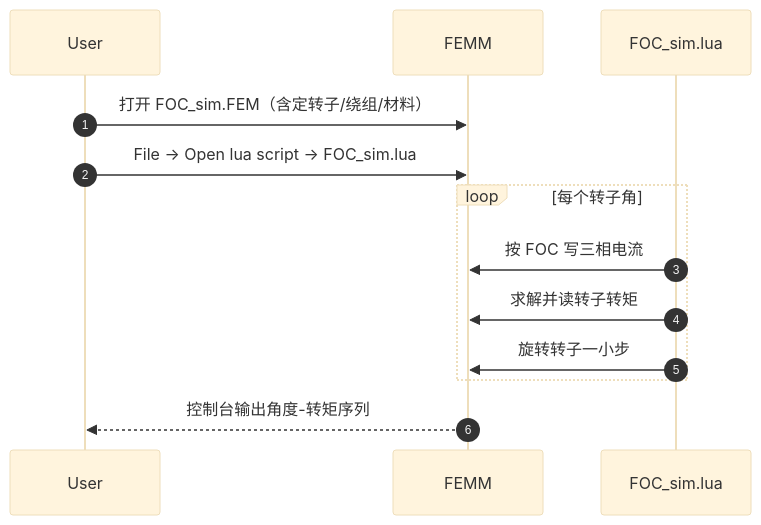
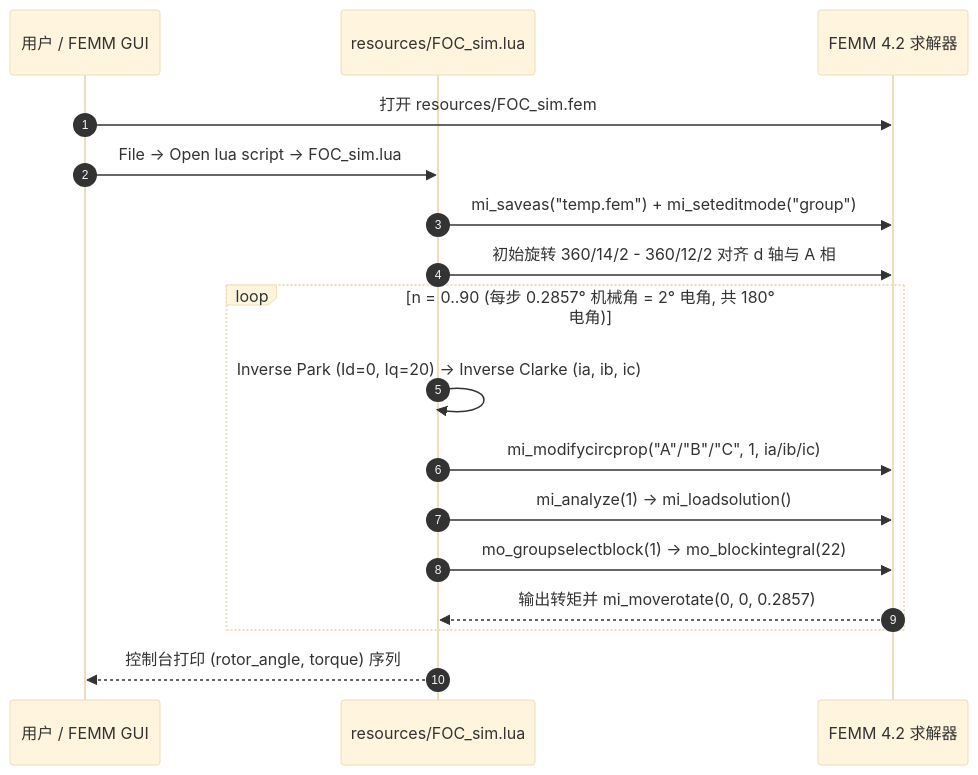
The diagram in wiki/entities/femm-foc-simulation.md (ImChong/Robotics_Notebooks), drawn with Mermaid (base theme) before and after one commit. The commit also changed other lines of this file and 83 other files, not shown here.

Commit message:
[2026-11-21] ingest | roadmap/depth-torque-motor-design.md — 力矩电机设计纵深 42 节点原文通读与骨架补齐，全路线 70 节点全部 3/3

````diff
--- a/wiki/entities/femm-foc-simulation.md
+++ b/wiki/entities/femm-foc-simulation.md
@@ -48,15 +50,20 @@
 ```mermaid
 sequenceDiagram
   autonumber
-  participant User
-  participant FEMM
-  participant Lua as FOC_sim.lua
-  User->>FEMM: 打开 FOC_sim.FEM（含定转子/绕组/材料）
-  User->>FEMM: File → Open lua script → FOC_sim.lua
-  loop 每个转子角
-    Lua->>FEMM: 按 FOC 写三相电流
-    Lua->>FEMM: 求解并读转子转矩
-    Lua->>FEMM: 旋转转子一小步
+  participant User as 用户 / FEMM GUI
+  participant Lua as resources/FOC_sim.lua
+  participant FEMM as FEMM 4.2 求解器
+
+  User->>FEMM: 打开 resources/FOC_sim.fem
+  User->>Lua: File -> Open lua script -> FOC_sim.lua
+  Lua->>FEMM: mi_saveas("temp.fem") + mi_seteditmode("group")
+  Lua->>FEMM: 初始旋转 360/14/2 - 360/12/2 对齐 d 轴与 A 相
+  loop n = 0..90 (每步 0.2857° 机械角 = 2° 电角, 共 180° 电角)
+    Lua->>Lua: Inverse Park (Id=0, Iq=20) -> Inverse Clarke (ia, ib, ic)
+    Lua->>FEMM: mi_modifycircprop("A"/"B"/"C", 1, ia/ib/ic)
+    Lua->>FEMM: mi_analyze(1) -> mi_loadsolution()
+    Lua->>FEMM: mo_groupselectblock(1) -> mo_blockintegral(22)
+    FEMM-->>Lua: 输出转矩并 mi_moverotate(0, 0, 0.2857)
   end
-  FEMM-->>User: 控制台输出角度-转矩序列
+  Lua-->>User: 控制台打印 (rotor_angle, torque) 序列
 ```
````
